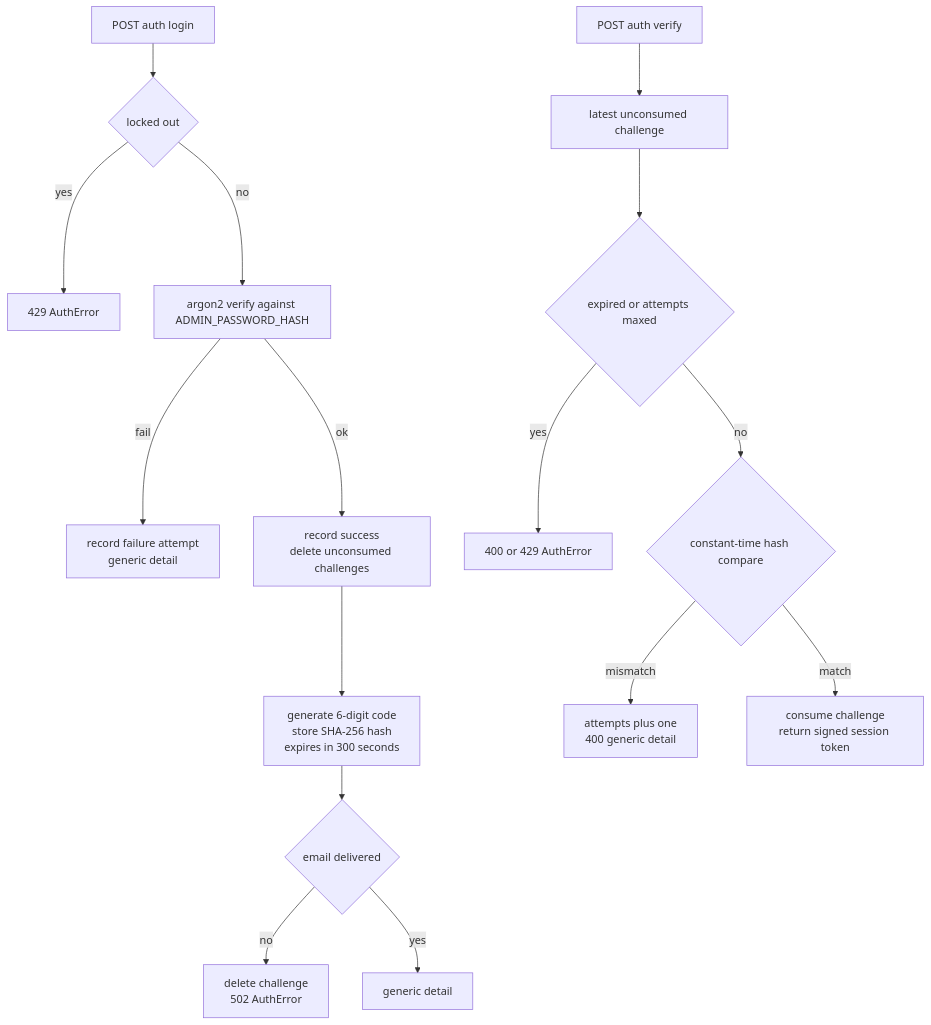
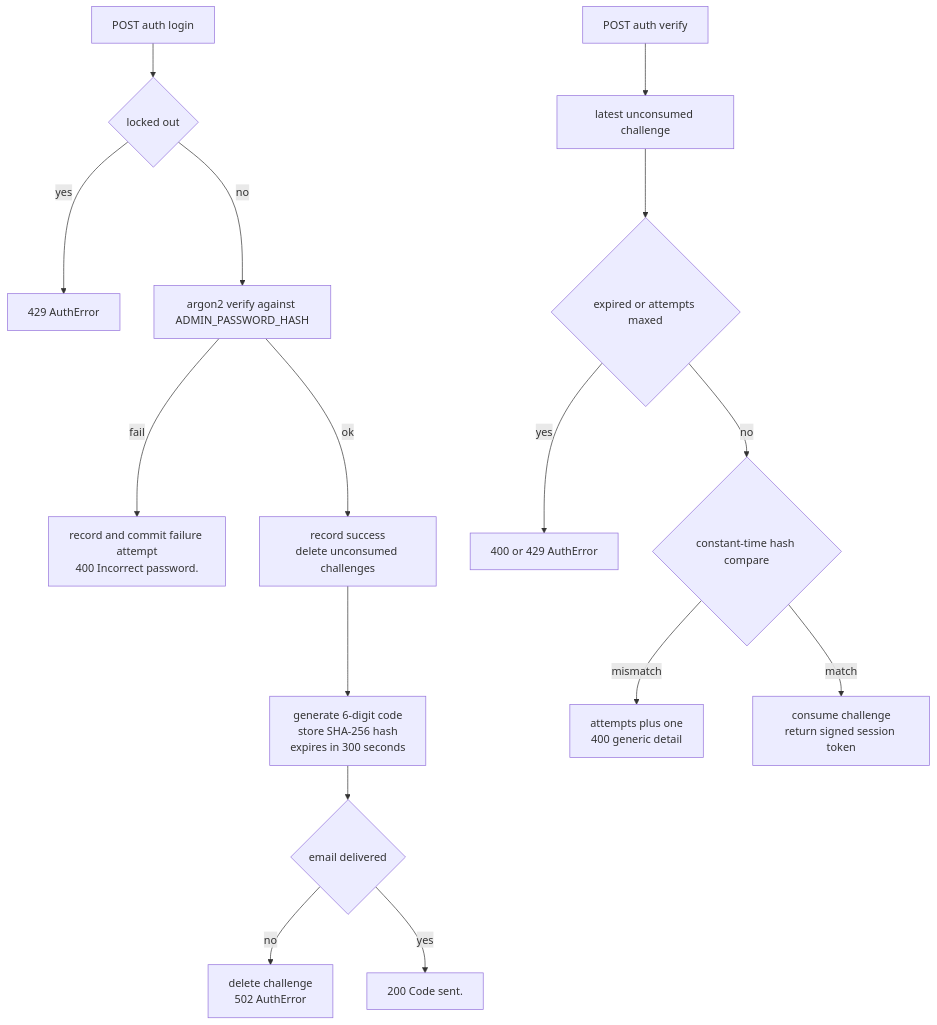
One commit to SIDDHESHCHAUDHARI2K24/portfolio-sid changed the second of 2 diagrams in docs/features/auth.md. Above: the diagram before and after it, drawn with Mermaid. The commit also changed other lines of this file and 5 other files, not shown here.

````diff
--- a/docs/features/auth.md
+++ b/docs/features/auth.md
@@ -39,18 +39,18 @@
 ```mermaid
 flowchart TD
     L[POST auth login] --> K{locked out}
     K -- yes --> R429[429 AuthError]
     K -- no --> V[argon2 verify against ADMIN_PASSWORD_HASH]
-    V -- fail --> FA[record failure attempt\ngeneric detail]
+    V -- fail --> FA[record and commit failure attempt\n400 Incorrect password.]
     V -- ok --> SU[record success\ndelete unconsumed challenges]
     SU --> GEN[generate 6-digit code\nstore SHA-256 hash\nexpires in 300 seconds]
     GEN --> EM{email delivered}
     EM -- no --> X[delete challenge\n502 AuthError]
-    EM -- yes --> OK1[generic detail]
+    EM -- yes --> OK1[200 Code sent.]
     VF[POST auth verify] --> CH[latest unconsumed challenge]
     CH --> EX{expired or attempts maxed}
     EX -- yes --> RJ[400 or 429 AuthError]
     EX -- no --> CMP{constant-time hash compare}
     CMP -- mismatch --> INC[attempts plus one\n400 generic detail]
     CMP -- match --> DONE[consume challenge\nreturn signed session token]
 ```
````
